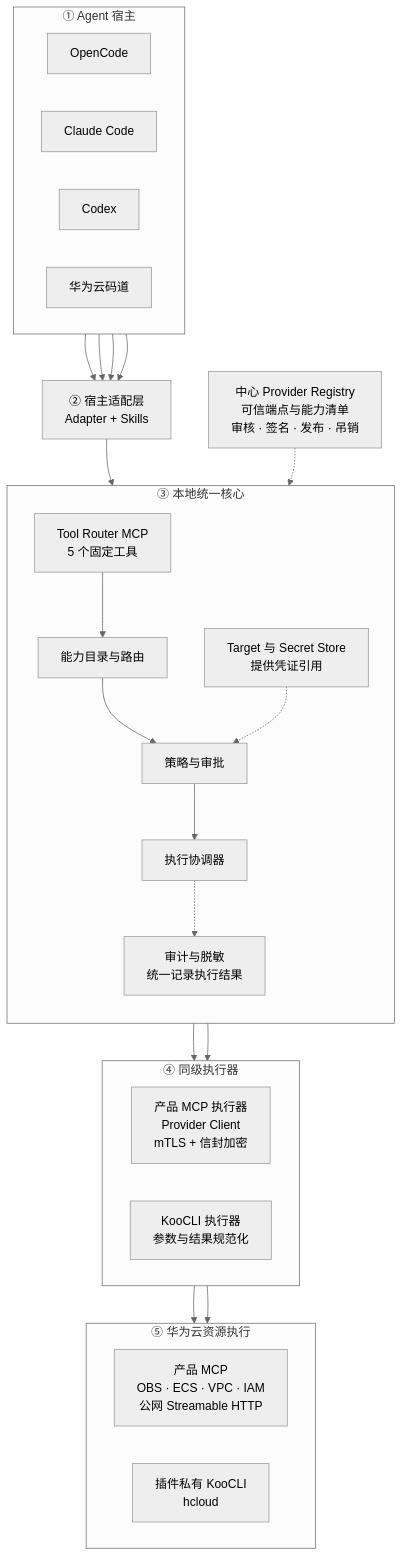
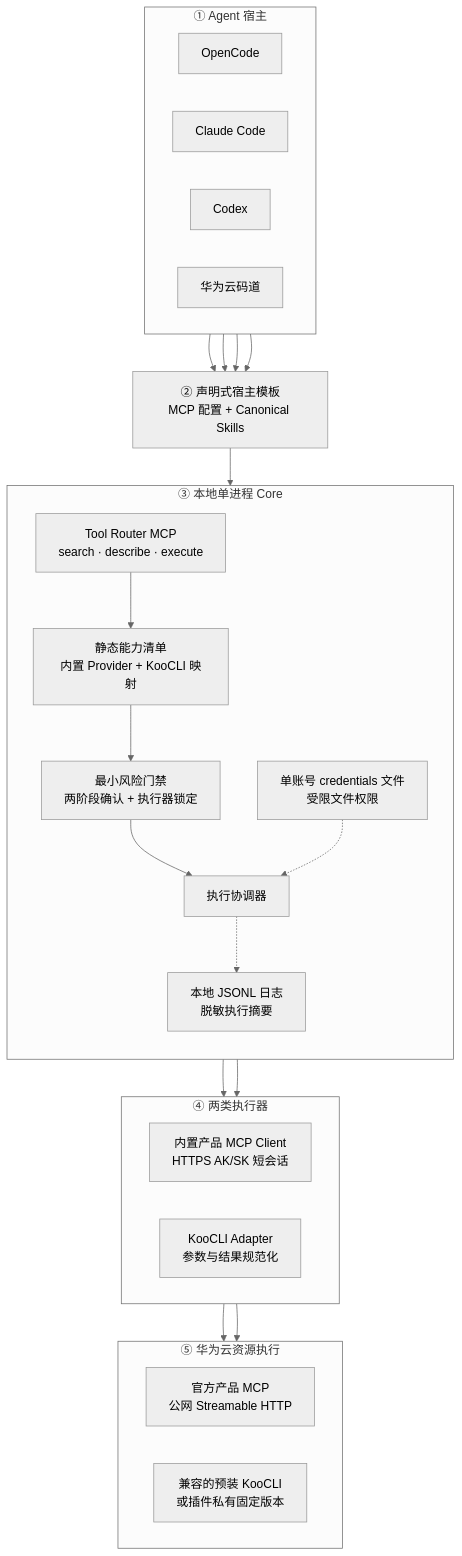
Before and after one commit to huaweicloud-mate/huaweicloud-mate: the first of 3 diagrams in docs/技术架构.md, drawn with Mermaid (neutral theme). The commit also changed other lines of this file and 16 other files, not shown here.

Commit message:
docs: simplify open-source v1 architecture

````diff
--- a/docs/技术架构.md
+++ b/docs/技术架构.md
@@ -38,56 +42,53 @@
 ```mermaid
 flowchart TB
-  subgraph HOST["① Agent 宿主"]
+  subgraph HOSTS["① Agent 宿主"]
     direction LR
     OC["OpenCode"]
     CC["Claude Code"]
     CX["Codex"]
     CA["华为云码道"]
   end
 
-  ADAPTER["② 宿主适配层<br/>Adapter + Skills"]
+  ASSETS["② 声明式宿主模板<br/>MCP 配置 + Canonical Skills"]
 
-  OC --> ADAPTER
-  CC --> ADAPTER
-  CX --> ADAPTER
-  CA --> ADAPTER
+  OC --> ASSETS
+  CC --> ASSETS
+  CX --> ASSETS
+  CA --> ASSETS
 
-  subgraph CORE["③ 本地统一核心"]
+  subgraph LOCAL["③ 本地单进程 Core"]
     direction TB
-    ROUTER["Tool Router MCP<br/>5 个固定工具"]
-    CATALOG["能力目录与路由"]
-    POLICY["策略与审批"]
+    ROUTER["Tool Router MCP<br/>search · describe · execute"]
+    CATALOG["静态能力清单<br/>内置 Provider + KooCLI 映射"]
+    GATE["最小风险门禁<br/>两阶段确认 + 执行器锁定"]
     EXEC["执行协调器"]
-    TARGET["Target 与 Secret Store<br/>提供凭证引用"]
-    AUDIT["审计与脱敏<br/>统一记录执行结果"]
+    CREDS["单账号 credentials 文件<br/>受限文件权限"]
+    LOG["本地 JSONL 日志<br/>脱敏执行摘要"]
 
     ROUTER --> CATALOG
-    CATALOG --> POLICY
-    POLICY --> EXEC
-    TARGET -.-> POLICY
-    EXEC -.-> AUDIT
+    CATALOG --> GATE
+    GATE --> EXEC
+    CREDS -.-> EXEC
+    EXEC -.-> LOG
   end
 
-  ADAPTER --> ROUTER
+  ASSETS --> ROUTER
 
-  REGISTRY["中心 Provider Registry<br/>可信端点与能力清单<br/>审核 · 签名 · 发布 · 吊销"]
-  REGISTRY -.-> CATALOG
-
-  subgraph EXECUTOR["④ 同级执行器"]
+  subgraph EXECUTORS["④ 两类执行器"]
     direction LR
-    MCP_CLIENT["产品 MCP 执行器<br/>Provider Client<br/>mTLS + 信封加密"]
-    KOO_ADAPTER["KooCLI 执行器<br/>参数与结果规范化"]
+    MCP_CLIENT["内置产品 MCP Client<br/>HTTPS AK/SK 短会话"]
+    KOO_ADAPTER["KooCLI Adapter<br/>参数与结果规范化"]
   end
 
   EXEC --> MCP_CLIENT
   EXEC --> KOO_ADAPTER
 
-  subgraph RESOURCE["⑤ 华为云资源执行"]
+  subgraph CLOUD["⑤ 华为云资源执行"]
     direction LR
-    PRODUCT_MCP["产品 MCP<br/>OBS · ECS · VPC · IAM<br/>公网 Streamable HTTP"]
-    KOOCLI["插件私有 KooCLI<br/>hcloud"]
+    PRODUCT_MCP["官方产品 MCP<br/>公网 Streamable HTTP"]
+    KOOCLI["兼容的预装 KooCLI<br/>或插件私有固定版本"]
   end
 
   MCP_CLIENT --> PRODUCT_MCP
   KOO_ADAPTER --> KOOCLI
 ```
````
